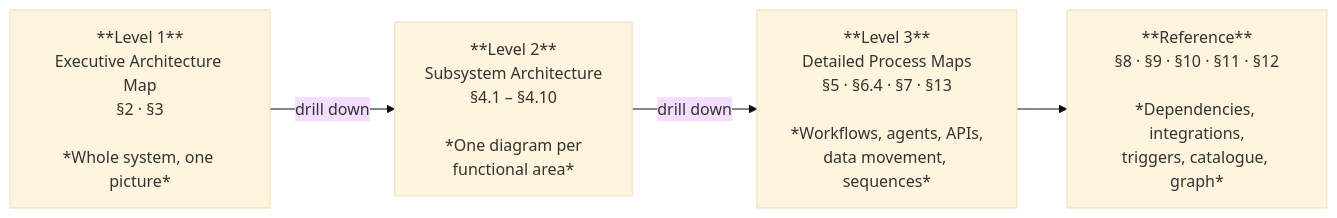
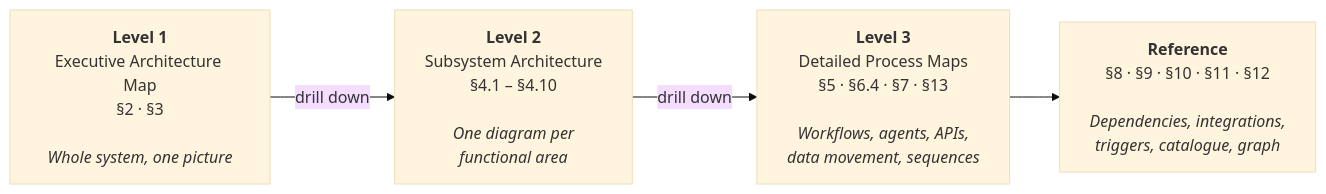
Before and after one commit to rooipiet-tech/Canvas-Marketing-OS: diagram 39 of 39 in docs/architecture/Comprehensive-System-Architecture-and-Process-Map.md, drawn with Mermaid (base theme). The commit also changed other lines of this file and 4 other files, not shown here.

````diff
--- a/docs/architecture/Comprehensive-System-Architecture-and-Process-Map.md
+++ b/docs/architecture/Comprehensive-System-Architecture-and-Process-Map.md
@@ -2200,8 +2160,8 @@
 ```mermaid
 flowchart LR
-  L1["**Level 1**<br/>Executive Architecture Map<br/>§2 · §3<br/><br/>*Whole system, one picture*"]
-  L2["**Level 2**<br/>Subsystem Architecture<br/>§4.1 – §4.10<br/><br/>*One diagram per<br/>functional area*"]
-  L3["**Level 3**<br/>Detailed Process Maps<br/>§5 · §6.4 · §7 · §13<br/><br/>*Workflows, agents, APIs,<br/>data movement, sequences*"]
-  L4["**Reference**<br/>§8 · §9 · §10 · §11 · §12<br/><br/>*Dependencies, integrations,<br/>triggers, catalogue, graph*"]
+  L1["<b>Level 1</b><br/>Executive Architecture Map<br/>§2 · §3<br/><br/><i>Whole system, one picture</i>"]
+  L2["<b>Level 2</b><br/>Subsystem Architecture<br/>§4.1 – §4.10<br/><br/><i>One diagram per<br/>functional area</i>"]
+  L3["<b>Level 3</b><br/>Detailed Process Maps<br/>§5 · §6.4 · §7 · §13<br/><br/><i>Workflows, agents, APIs,<br/>data movement, sequences</i>"]
+  L4["<b>Reference</b><br/>§8 · §9 · §10 · §11 · §12<br/><br/><i>Dependencies, integrations,<br/>triggers, catalogue, graph</i>"]
   L1 -->|drill down| L2 -->|drill down| L3 --> L4
 ```
````
